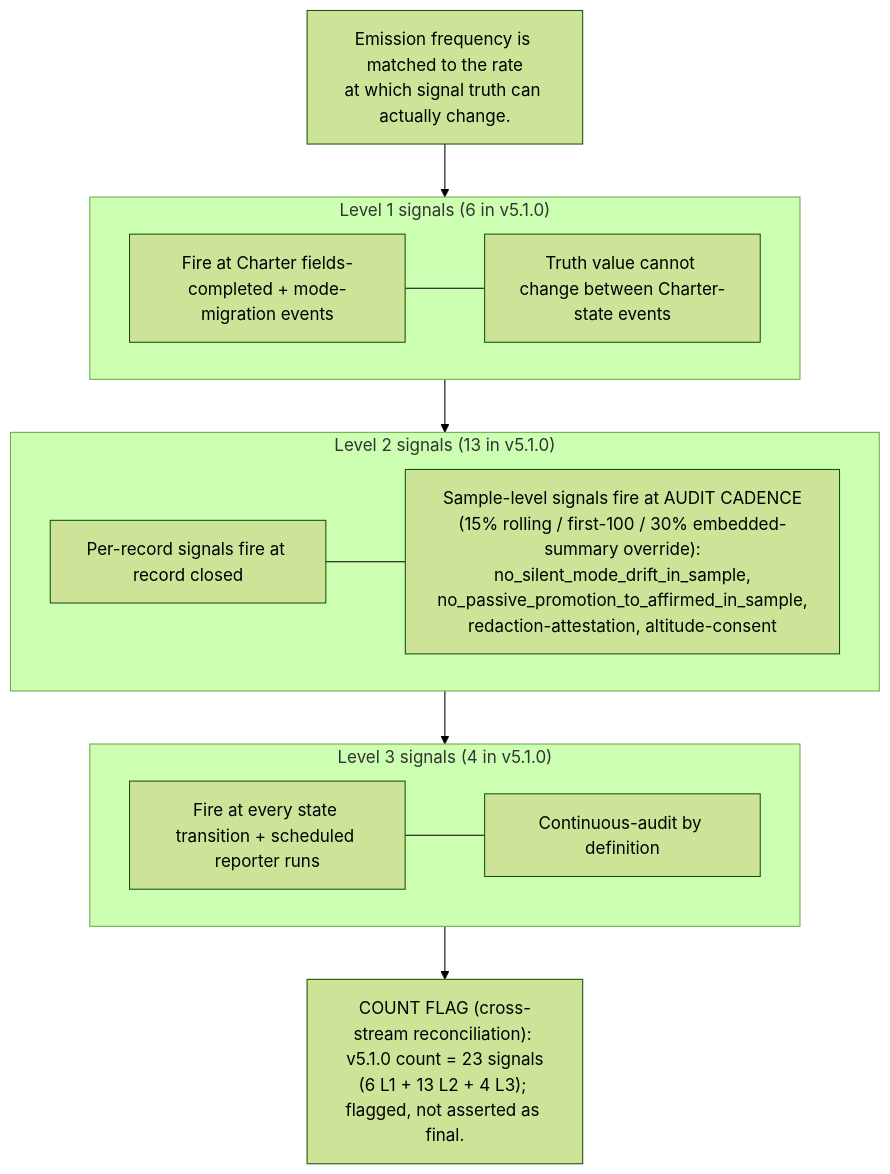
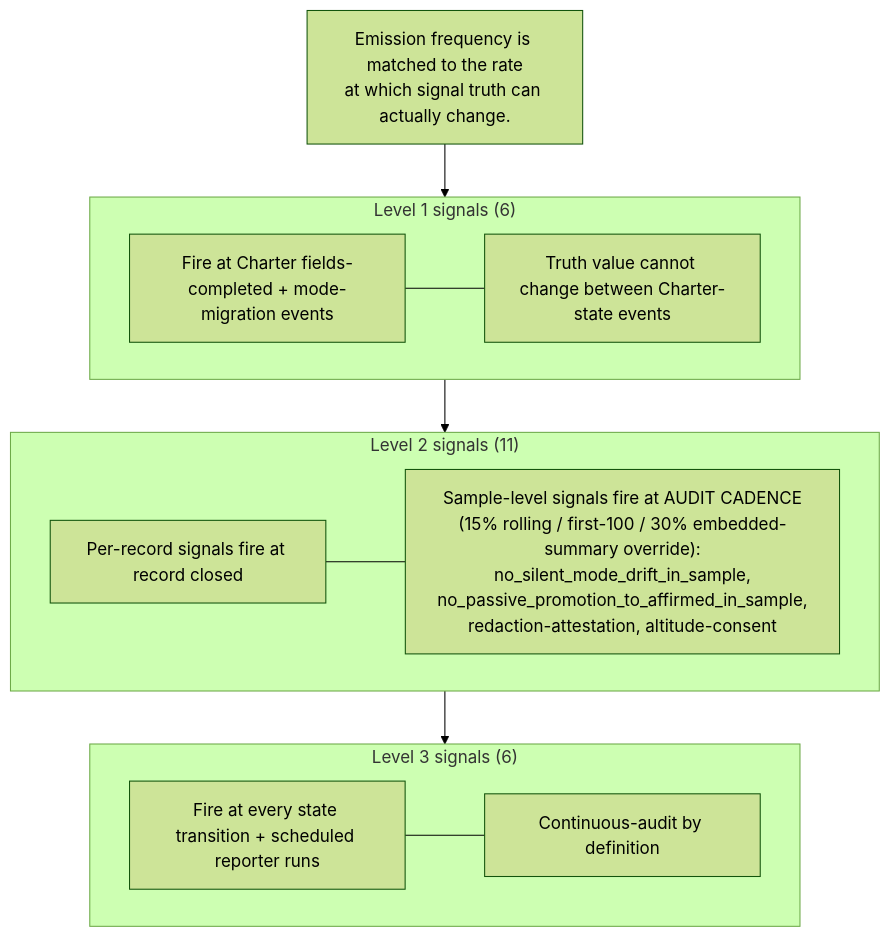
Before and after one commit to decision-provenance-standard/standard: the fourth of 6 diagrams in spec/companion-D-diagrams.md, drawn with Mermaid (forest theme). The commit also changed other lines of this file and 29 other files, not shown here.

````diff
--- a/spec/companion-D-diagrams.md
+++ b/spec/companion-D-diagrams.md
@@ -151,21 +151,20 @@
 ```mermaid
 flowchart TB
     principle["Emission frequency is matched to the rate<br/>at which signal truth can actually change."]
-    subgraph row1["Level 1 signals (6 in v5.1.0)"]
+    subgraph row1["Level 1 signals (6)"]
         l1fire["Fire at Charter fields-completed + mode-migration events"]
         l1why["Truth value cannot change between Charter-state events"]
         l1fire --- l1why
     end
-    subgraph row2["Level 2 signals (13 in v5.1.0)"]
+    subgraph row2["Level 2 signals (11)"]
         l2rec["Per-record signals fire at record closed"]
         l2sample["Sample-level signals fire at AUDIT CADENCE<br/>(15% rolling / first-100 / 30% embedded-summary override):<br/>no_silent_mode_drift_in_sample,<br/>no_passive_promotion_to_affirmed_in_sample,<br/>redaction-attestation, altitude-consent"]
         l2rec --- l2sample
     end
-    subgraph row3["Level 3 signals (4 in v5.1.0)"]
+    subgraph row3["Level 3 signals (6)"]
         l3fire["Fire at every state transition + scheduled reporter runs"]
         l3why["Continuous-audit by definition"]
         l3fire --- l3why
     end
     principle --> row1 --> row2 --> row3
-    row3 --> flag["COUNT FLAG (cross-stream reconciliation): v5.1.0 count = 23 signals<br/>(6 L1 + 13 L2 + 4 L3); flagged, not asserted as final."]
 ```
````
